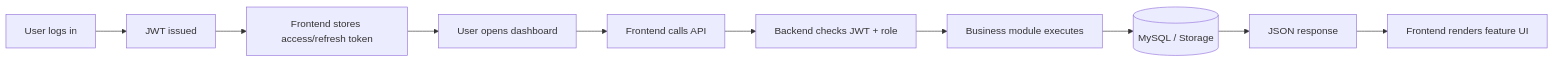
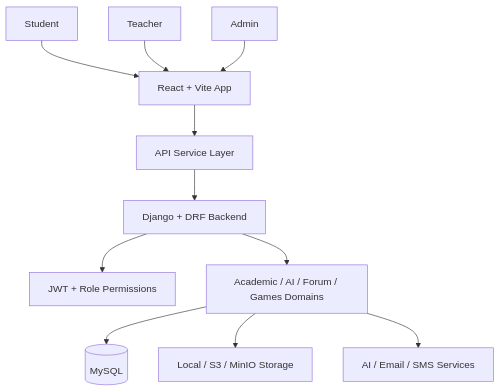
The diagram in README.md (Sruwat/Edusphere_LMS), drawn with Mermaid before and after one commit. The commit also changed other lines of this file and 2 other files, not shown here.

Commit message:
docs: create portfolio README and split architecture docs

````diff
--- a/README.md
+++ b/README.md
@@ -249,12 +50,14 @@
 ```mermaid
-flowchart LR
-    A[User logs in] --> B[JWT issued]
-    B --> C[Frontend stores access/refresh token]
-    C --> D[User opens dashboard]
-    D --> E[Frontend calls API]
-    E --> F[Backend checks JWT + role]
-    F --> G[Business module executes]
-    G --> H[(MySQL / Storage)]
-    H --> I[JSON response]
-    I --> J[Frontend renders feature UI]
+flowchart TB
+    STU[Student] --> WEB[React + Vite App]
+    TCH[Teacher] --> WEB
+    ADM[Admin] --> WEB
+
+    WEB --> API[API Service Layer]
+    API --> DJ[Django + DRF Backend]
+    DJ --> AUTH[JWT + Role Permissions]
+    DJ --> DOMAIN[Academic / AI / Forum / Games Domains]
+    DOMAIN --> DB[(MySQL)]
+    DOMAIN --> MEDIA[Local / S3 / MinIO Storage]
+    DOMAIN --> EXT[AI / Email / SMS Services]
 ```
````
